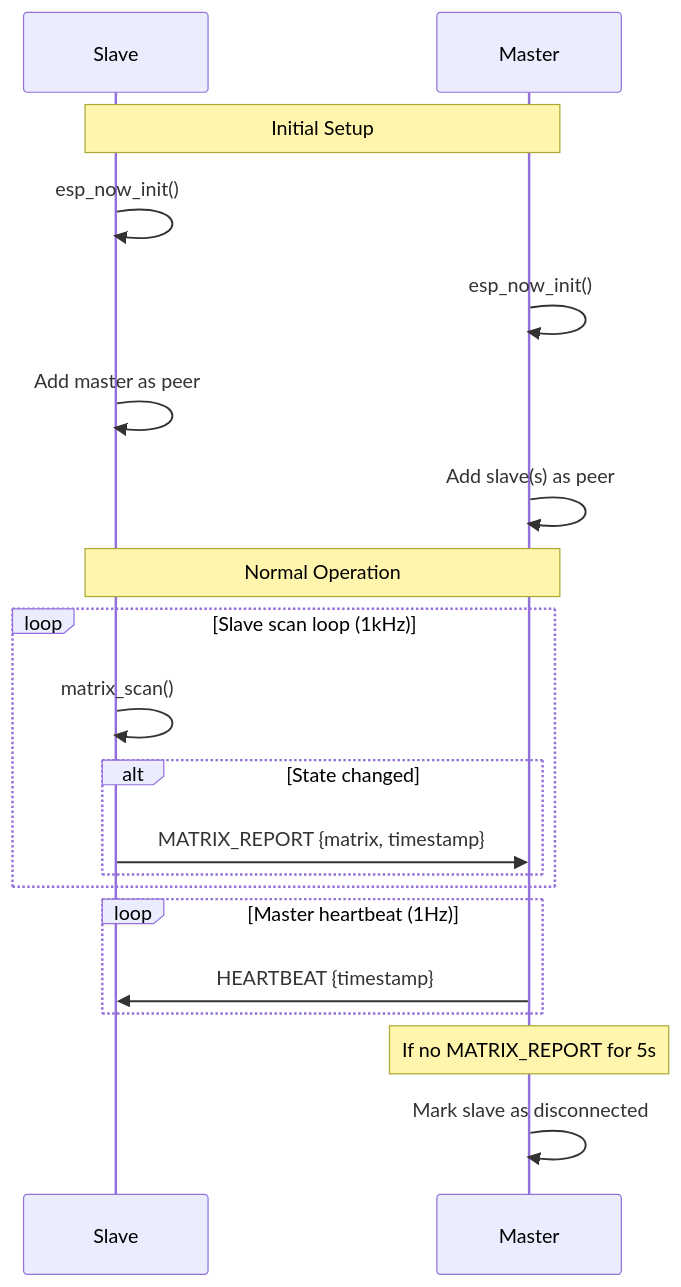
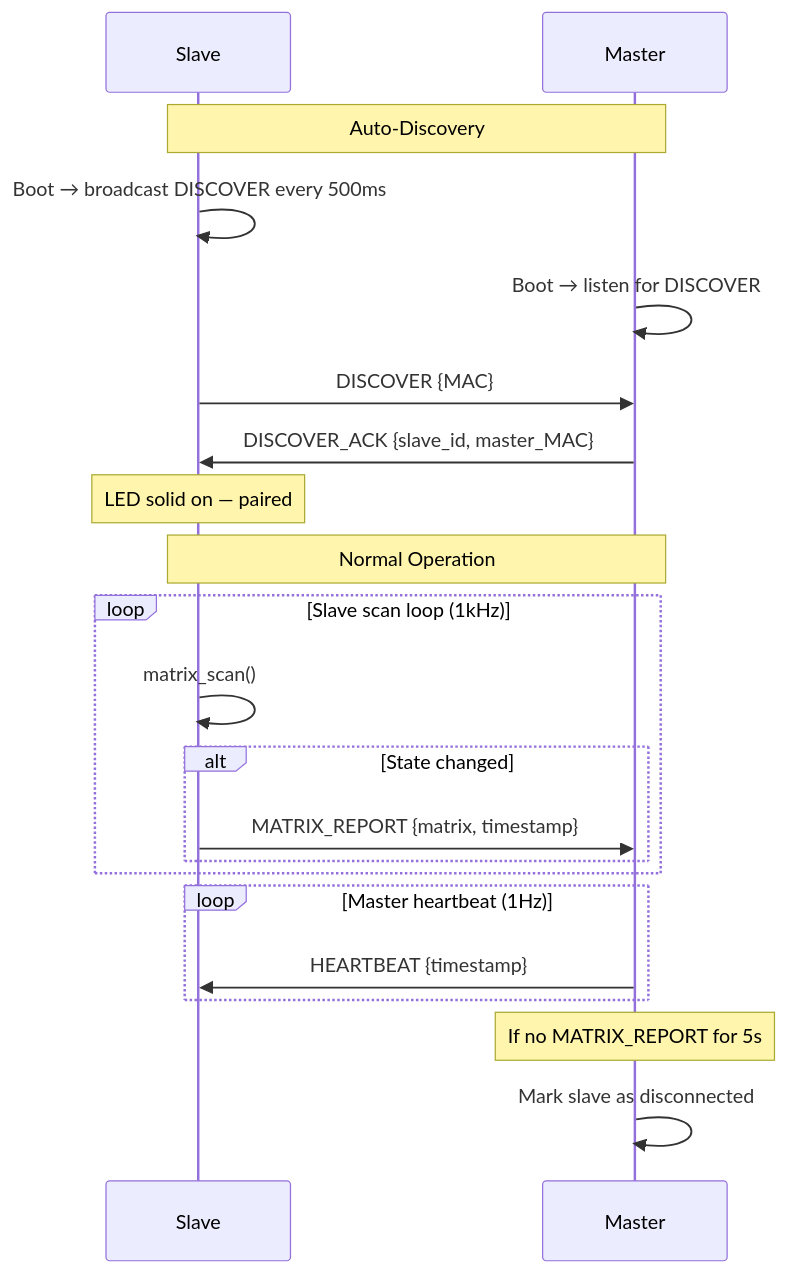
The third of 4 diagrams in docs/firmware_guide.md (ch2oma-hbtb/c3-cascade), drawn with Mermaid before and after one commit. The commit also changed other lines of this file and 21 other files, not shown here.

````diff
--- a/docs/firmware_guide.md
+++ b/docs/firmware_guide.md
@@ -448,26 +487,27 @@
 ```mermaid
 sequenceDiagram
     participant S as Slave
     participant M as Master
 
-    Note over S,M: Initial Setup
-    S->>S: esp_now_init()
-    M->>M: esp_now_init()
-    S->>S: Add master as peer
-    M->>M: Add slave(s) as peer
+    Note over S,M: Auto-Discovery
+    S->>S: Boot → broadcast DISCOVER every 500ms
+    M->>M: Boot → listen for DISCOVER
+    S->>M: DISCOVER {MAC}
+    M->>S: DISCOVER_ACK {slave_id, master_MAC}
+    Note over S: LED solid on — paired
 
     Note over S,M: Normal Operation
     loop Slave scan loop (1kHz)
         S->>S: matrix_scan()
         alt State changed
             S->>M: MATRIX_REPORT {matrix, timestamp}
         end
     end
 
     loop Master heartbeat (1Hz)
         M->>S: HEARTBEAT {timestamp}
     end
 
     Note over M: If no MATRIX_REPORT for 5s
     M->>M: Mark slave as disconnected
 ```
````
